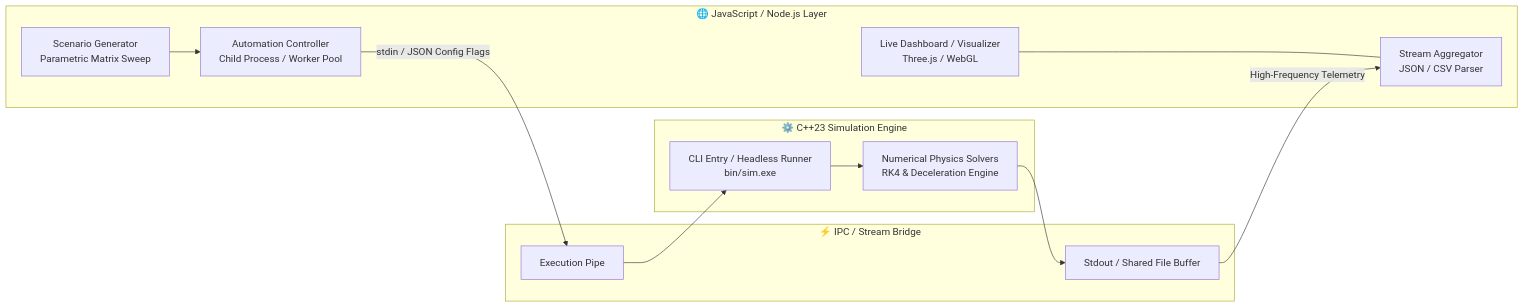
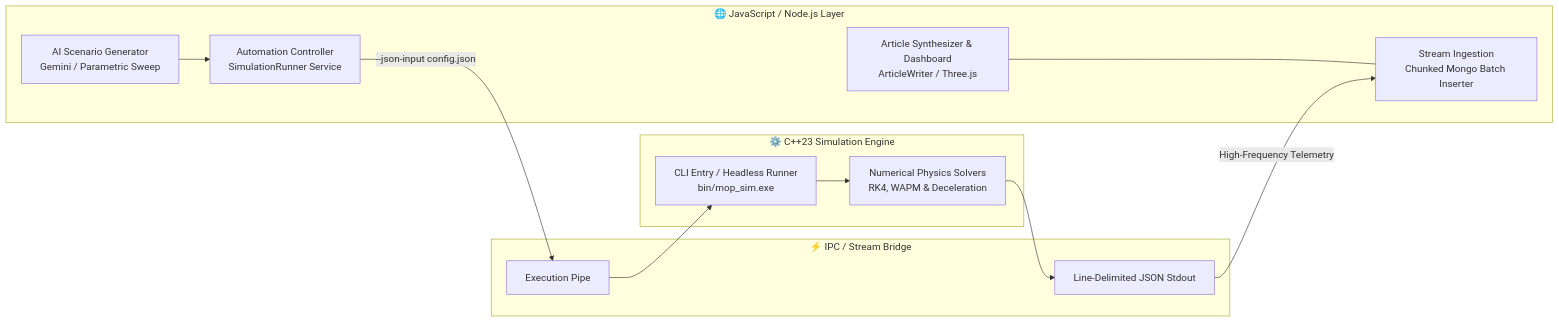
The diagram in src/Automation/Automation.md (omid2007hope/MOP-Simulator), drawn with Mermaid before and after one commit. The commit also changed other lines of this file and 6 other files, not shown here.

Commit message:
docs: add architectural documentation for AI-driven automation pipeline and simulation data flow

````diff
--- a/src/Automation/Automation.md
+++ b/src/Automation/Automation.md
@@ -14,18 +14,18 @@
 ```mermaid
 flowchart LR
     subgraph JSOrchestrator["🌐 JavaScript / Node.js Layer"]
-        A[Scenario Generator<br/>Parametric Matrix Sweep] --> B[Automation Controller<br/>Child Process / Worker Pool]
-        F[Live Dashboard / Visualizer<br/>Three.js / WebGL] <--- E[Stream Aggregator<br/>JSON / CSV Parser]
+        A[AI Scenario Generator<br/>Gemini / Parametric Sweep] --> B[Automation Controller<br/>SimulationRunner Service]
+        F[Article Synthesizer & Dashboard<br/>ArticleWriter / Three.js] <--- E[Stream Ingestion<br/>Chunked Mongo Batch Inserter]
     end
 
     subgraph IPCChannel["⚡ IPC / Stream Bridge"]
-        B -->|stdin / JSON Config Flags| C[Execution Pipe]
-        D[Stdout / Shared File Buffer] -->|High-Frequency Telemetry| E
+        B -->|--json-input config.json| C[Execution Pipe]
+        D[Line-Delimited JSON Stdout] -->|High-Frequency Telemetry| E
     end
 
     subgraph CppCore["⚙️ C++23 Simulation Engine"]
-        C --> G[CLI Entry / Headless Runner<br/>bin/sim.exe]
-        G --> H[Numerical Physics Solvers<br/>RK4 & Deceleration Engine]
+        C --> G[CLI Entry / Headless Runner<br/>bin/mop_sim.exe]
+        G --> H[Numerical Physics Solvers<br/>RK4, WAPM & Deceleration]
         H --> D
     end
 ```
````
